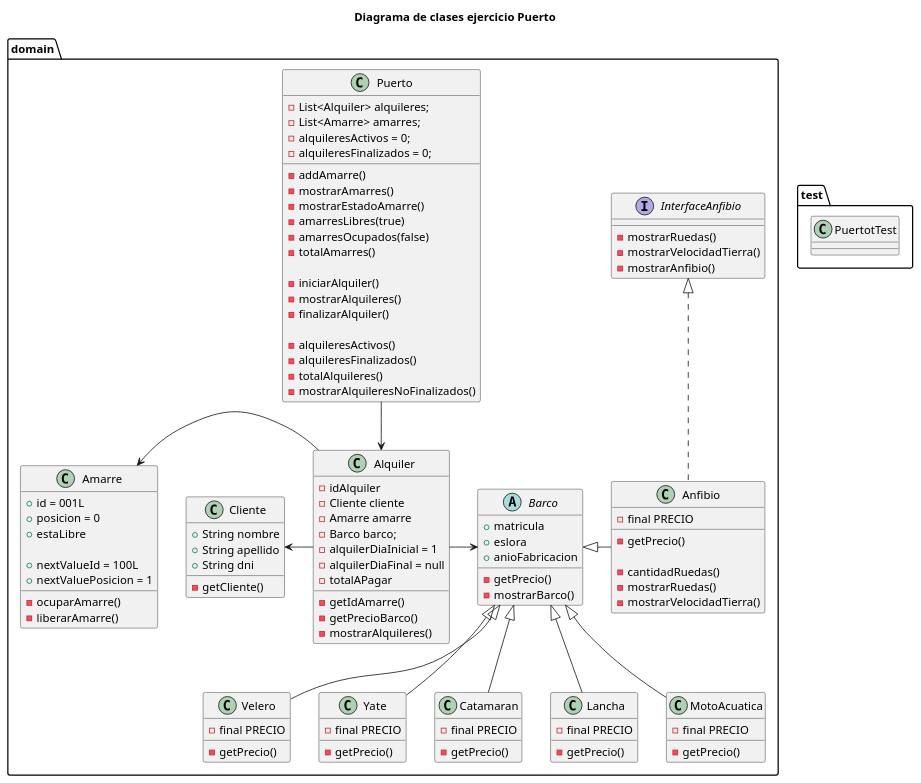
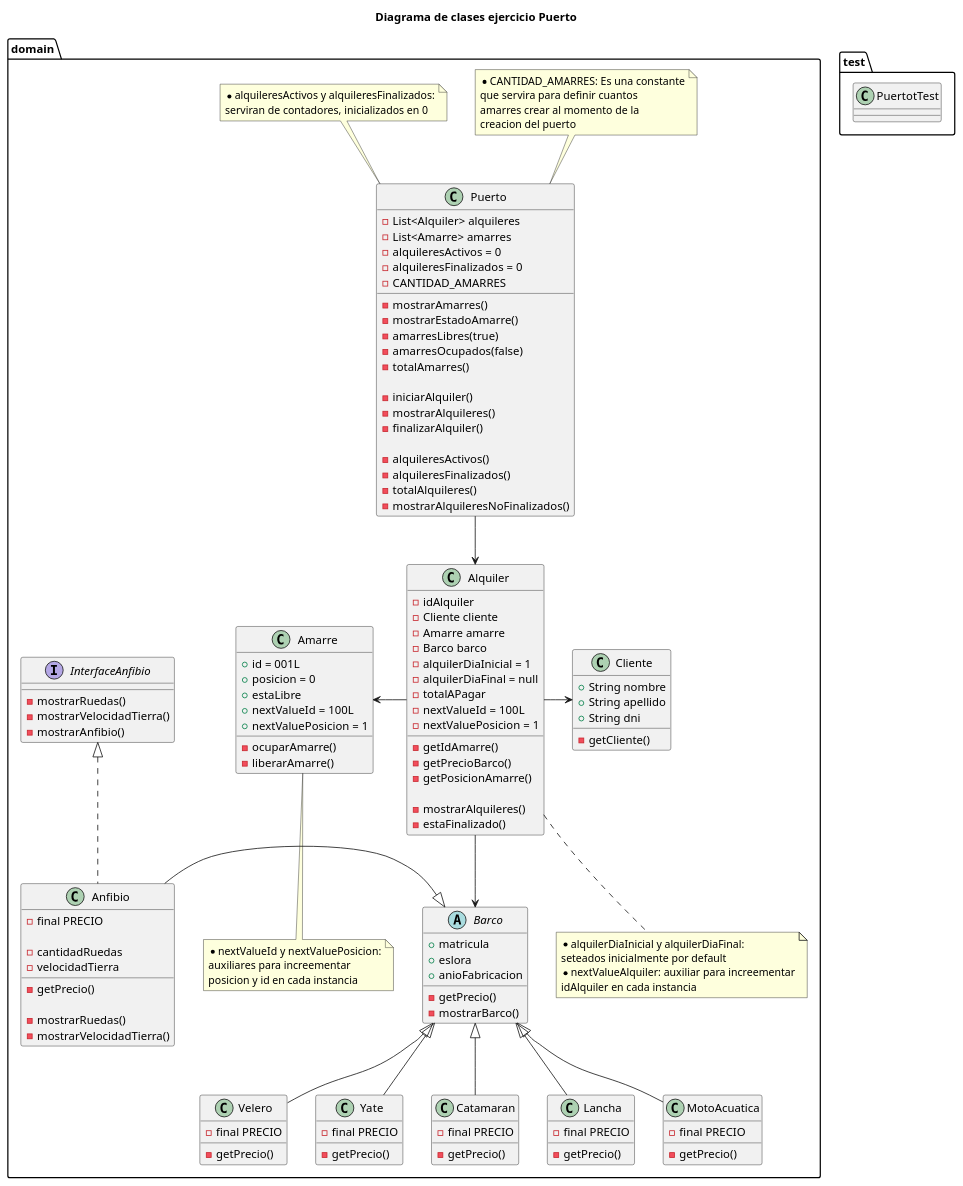
One commit to gioruanova/dvpoo20232cpuertoruanovajorge changed the diagram in src/doc/diagrama-clases.puml. Above: the diagram before and after it, drawn with PlantUML.

Commit message:
uml updates

```diff
--- a/src/doc/diagrama-clases.puml
+++ b/src/doc/diagrama-clases.puml
@@ -1,142 +1,184 @@
 @startuml
 
 title Diagrama de clases ejercicio Puerto
 
 
 package domain{
 
 	class Puerto {
-	-List<Alquiler> alquileres;
-	-List<Amarre> amarres;
-	-alquileresActivos = 0;
-	-alquileresFinalizados = 0;
+	-List<Alquiler> alquileres
+	-List<Amarre> amarres
+	-alquileresActivos = 0
+	-alquileresFinalizados = 0
+	-CANTIDAD_AMARRES
 	
-	-addAmarre()
 	-mostrarAmarres()
 	-mostrarEstadoAmarre()
 		-amarresLibres(true)
 		-amarresOcupados(false)
 	-totalAmarres()
 	
 	-iniciarAlquiler()
 	-mostrarAlquileres()
 	-finalizarAlquiler()
 	
 	-alquileresActivos()
 	-alquileresFinalizados()
 	-totalAlquileres()
 	-mostrarAlquileresNoFinalizados()
 	}
+		note top of Puerto
+	*CANTIDAD_AMARRES: Es una constante 
+	que servira para definir cuantos 
+	amarres crear al momento de la 
+	creacion del puerto
+		end note
+	
+		note top of Puerto
+	*alquileresActivos y alquileresFinalizados:
+	serviran de contadores, inicializados en 0
+		end note
+	
 
 	class Alquiler {
 	-idAlquiler
 	-Cliente cliente
 	-Amarre amarre
-	-Barco barco;
+	-Barco barco
 	-alquilerDiaInicial = 1
 	-alquilerDiaFinal = null
 	-totalAPagar
+	-nextValueId = 100L
+	-nextValuePosicion = 1
 	
 	-getIdAmarre()
 	-getPrecioBarco()
+	-getPosicionAmarre()
+	
 	-mostrarAlquileres()
+	-estaFinalizado()
+	}
 	
+		note bottom of Alquiler
+	*alquilerDiaInicial y alquilerDiaFinal: 
+	seteados inicialmente por default
+	*nextValueAlquiler: auxiliar para increementar
+	idAlquiler en cada instancia
+		end note
 	
-	}
 
 	class Amarre {
 	+id = 001L
 	+posicion = 0
 	+estaLibre
-	
 	+nextValueId = 100L
 	+nextValuePosicion = 1
 	
 	-ocuparAmarre()
 	-liberarAmarre()
 	}
+	
+		note bottom of Amarre
+	*nextValueId y nextValuePosicion:
+	auxiliares para increementar
+	posicion y id en cada instancia
+		end note
+
 
 	class Cliente {
 	+String nombre
 	+String apellido
 	+String dni
 	
 	-getCliente()
 	}
+	
 
 	abstract class Barco {
 	+matricula
 	+eslora
 	+anioFabricacion
 	
 	-getPrecio()
 	-mostrarBarco()
 	}
 	
 	
 	class Velero{
 	-final PRECIO
+	
 	-getPrecio()
 	}
 	
+	
 	class Yate{
 	-final PRECIO
+	
 	-getPrecio()
 	}
 	
+	
 	class Catamaran{
 	-final PRECIO
+	
 	-getPrecio()
 	}
 	
+	
 	class Lancha{
 	-final PRECIO
+	
 	-getPrecio()
 	}
 	
+	
 	class MotoAcuatica{
 	-final PRECIO
+	
 	-getPrecio()
 	}
 	
+	
 	class Anfibio{
 	-final PRECIO
+	
+	-cantidadRuedas
+	-velocidadTierra
+	
 	-getPrecio()
 	
-	-cantidadRuedas()
 	-mostrarRuedas()
 	-mostrarVelocidadTierra()
 	}
+	
 	
 	interface InterfaceAnfibio{
 	-mostrarRuedas()
 	-mostrarVelocidadTierra()
 	-mostrarAnfibio()
-
 	}
-	
 }
 
 	package test{
 	class PuertotTest
 	}
 	
 	
 	
 Puerto --> Alquiler
 Alquiler -left-> Amarre
-Alquiler -left-> Cliente
-Alquiler -right-> Barco
+Alquiler -right-> Cliente
+Alquiler -down-> Barco
 
 Barco <|-- Velero
 Barco <|-- Yate
 Barco <|-- Catamaran
 Barco <|-- Lancha
 Barco <|-right- Anfibio
 Barco <|-- MotoAcuatica
 
 InterfaceAnfibio <|.. Anfibio
 
 
 
 @enduml
```
